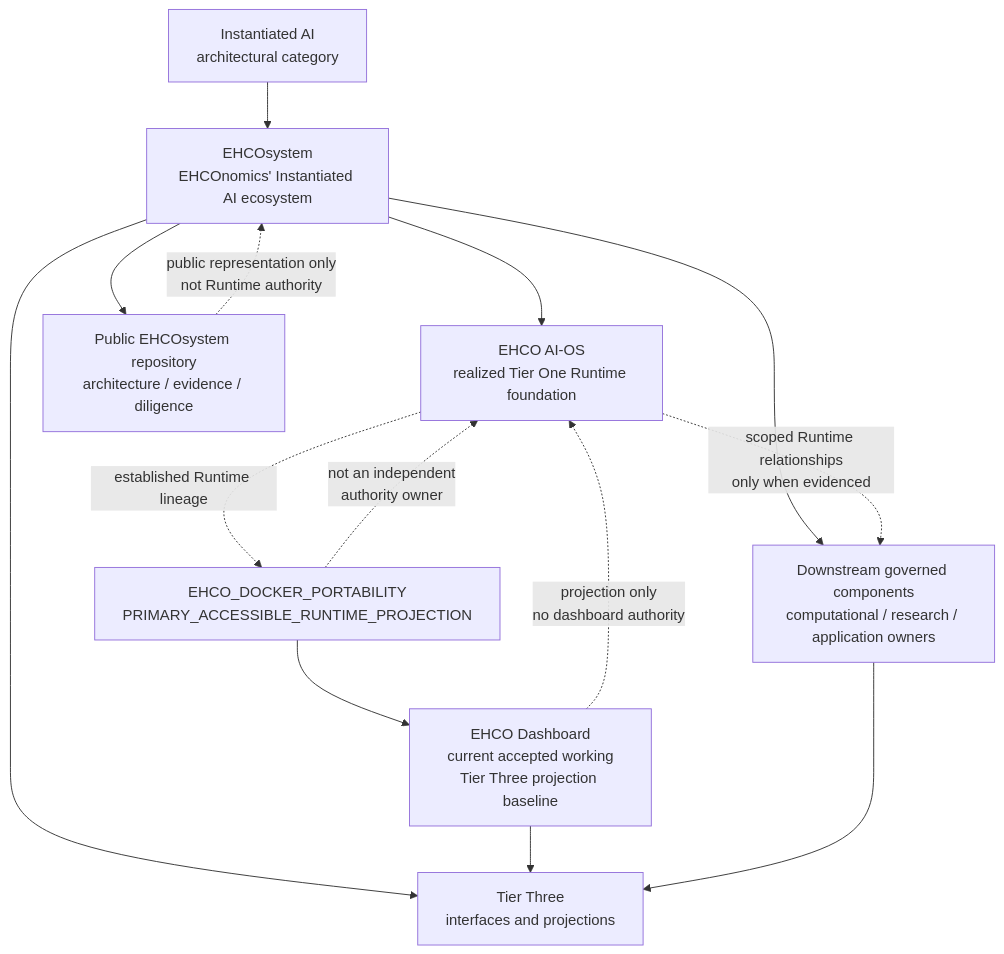
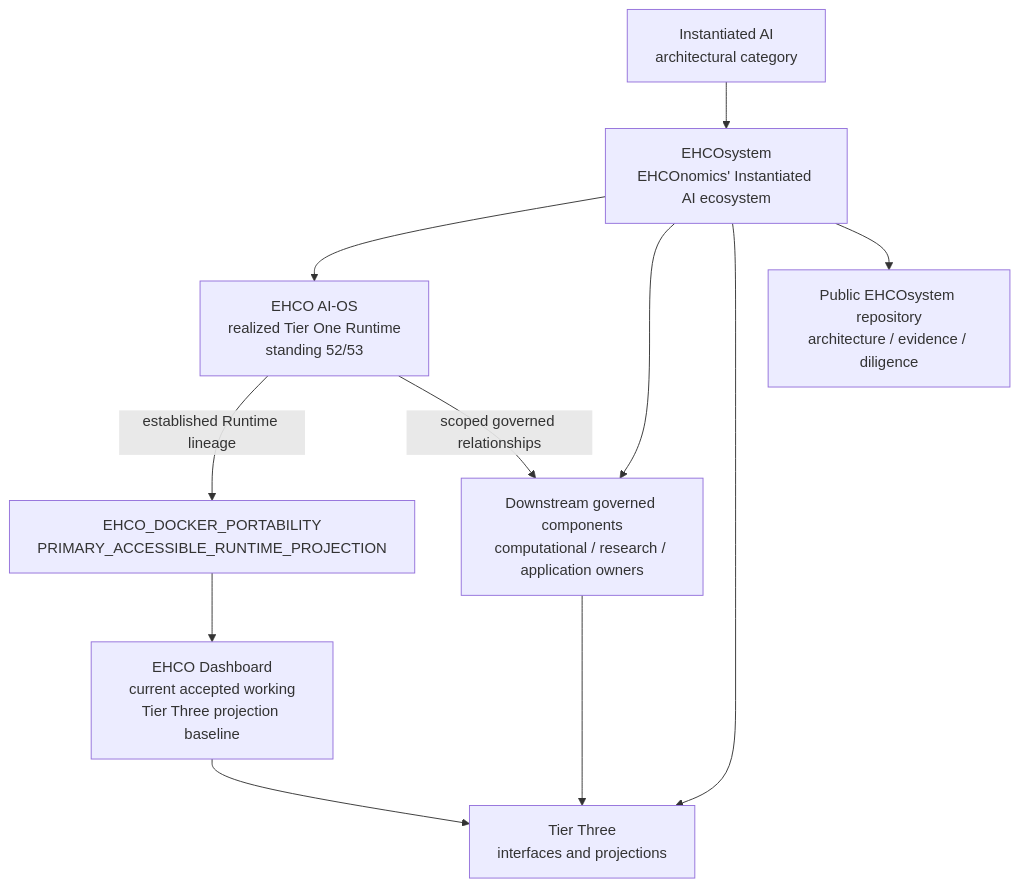
One commit to EHCOnomics-Systems/EHCOsystem changed the first of 4 diagrams in architecture/diagrams/README.md. Above: the diagram before and after it, drawn with Mermaid. The commit also changed other lines of this file and 34 other files, not shown here.

Commit message:
Recast public EHCOsystem representation affirmatively

````diff
--- a/architecture/diagrams/README.md
+++ b/architecture/diagrams/README.md
@@ -20,26 +18,22 @@
 ```mermaid
 flowchart TD
     A[Instantiated AI<br/>architectural category]
     B[EHCOsystem<br/>EHCOnomics' Instantiated AI ecosystem]
-    C[EHCO AI-OS<br/>realized Tier One Runtime foundation]
+    C[EHCO AI-OS<br/>realized Tier One Runtime<br/>standing 52/53]
     D[EHCO_DOCKER_PORTABILITY<br/>PRIMARY_ACCESSIBLE_RUNTIME_PROJECTION]
     H[EHCO Dashboard<br/>current accepted working<br/>Tier Three projection baseline]
     E[Downstream governed components<br/>computational / research / application owners]
     F[Tier Three<br/>interfaces and projections]
     G[Public EHCOsystem repository<br/>architecture / evidence / diligence]
 
     A --> B
     B --> C
     B --> E
     B --> F
-    C -. established Runtime lineage .-> D
+    B --> G
+    C -->|established Runtime lineage| D
     D --> H
     H --> F
-    C -. scoped Runtime relationships<br/>only when evidenced .-> E
+    C -->|scoped governed relationships| E
     E --> F
-    B --> G
-
-    D -. not an independent<br/>authority owner .-> C
-    H -. projection only<br/>no dashboard authority .-> C
-    G -. public representation only<br/>not Runtime authority .-> B
 ```
````
